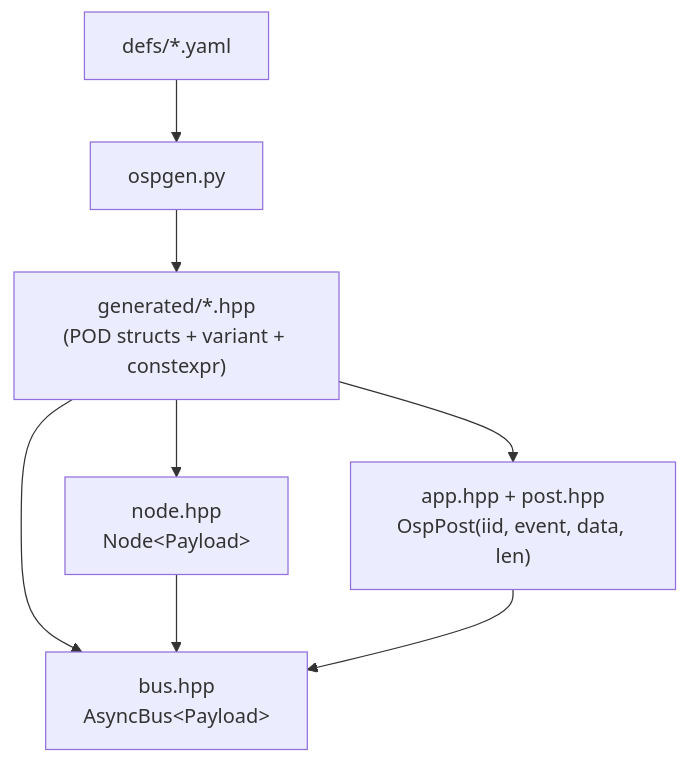
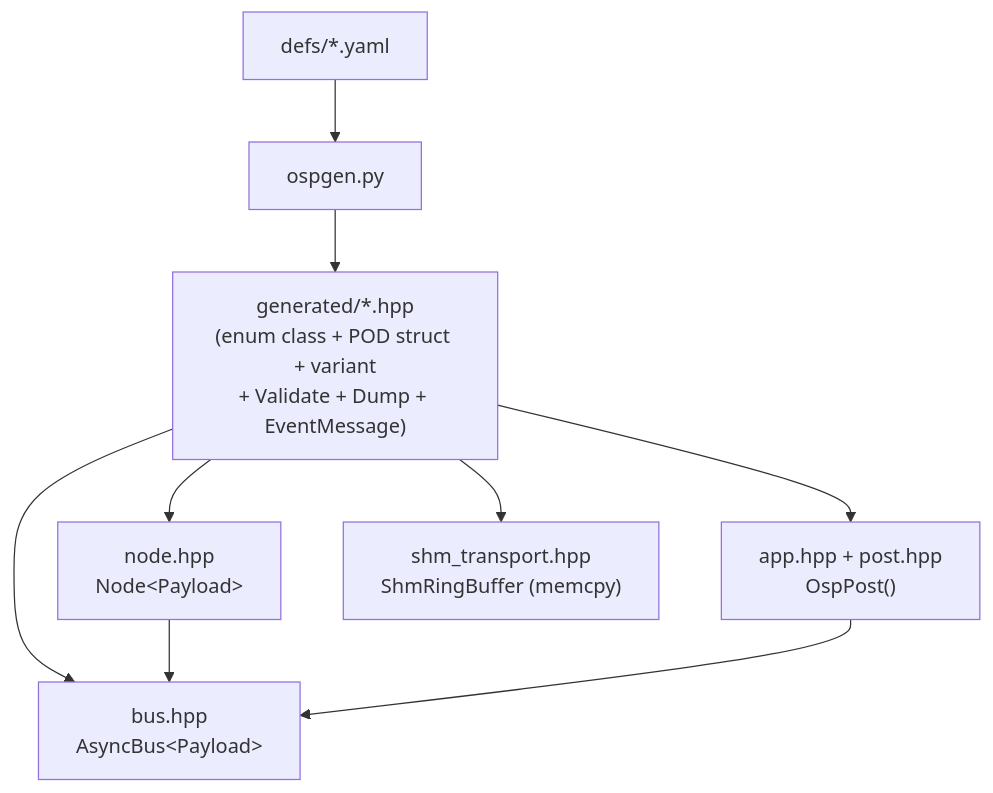
Before and after one commit to DeguiLiu/newosp: the fourth of 4 diagrams in docs/design_codegen_zh.md, drawn with Mermaid. The commit also changed other lines of this file and 13 other files, not shown here.

First line of the commit message:
feat: ospgen v2 codegen + SHM huge pages

````diff
--- a/docs/design_codegen_zh.md
+++ b/docs/design_codegen_zh.md
@@ -308,10 +496,11 @@
 ```mermaid
 flowchart TD
     YAML["defs/*.yaml"] --> ospgen["ospgen.py"]
-    ospgen --> GEN["generated/*.hpp<br/>(POD structs + variant + constexpr)"]
+    ospgen --> GEN["generated/*.hpp<br/>(enum class + POD struct + variant<br/>+ Validate + Dump + EventMessage)"]
     GEN --> NODE["node.hpp<br/>Node&lt;Payload&gt;"]
     GEN --> BUS["bus.hpp<br/>AsyncBus&lt;Payload&gt;"]
-    GEN --> APP["app.hpp + post.hpp<br/>OspPost(iid, event, data, len)"]
+    GEN --> APP["app.hpp + post.hpp<br/>OspPost()"]
+    GEN --> SHM["shm_transport.hpp<br/>ShmRingBuffer (memcpy)"]
     NODE --> BUS
     APP --> BUS
 ```
````
